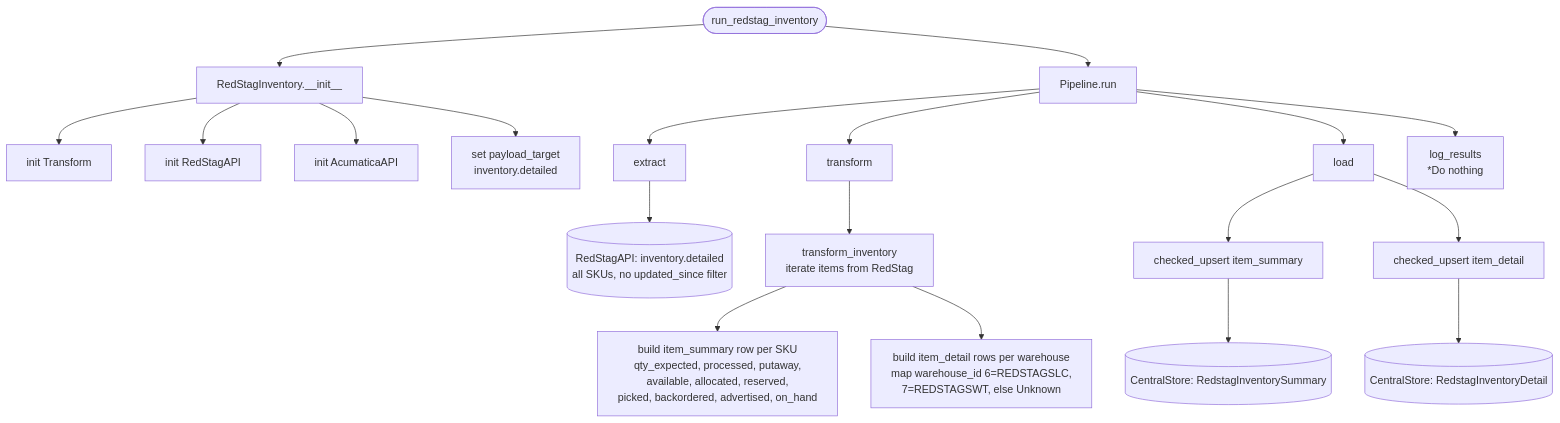
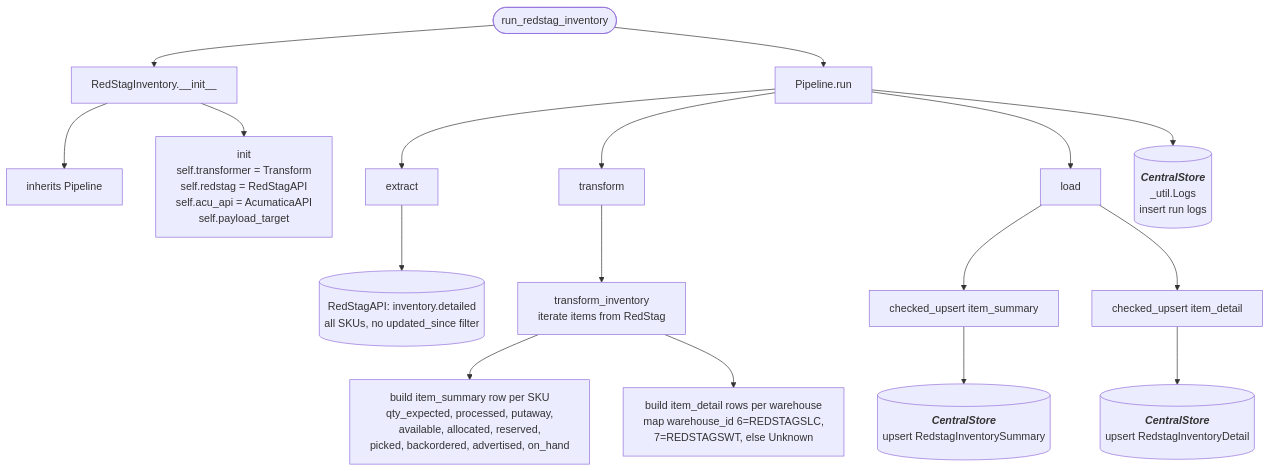
The diagram in docs/functions/redstag_inventory_retrieval.md (journeyhl/integration-platform), drawn with Mermaid before and after one commit. The commit also changed 42 other files, not shown here.

````diff
--- a/docs/functions/redstag_inventory_retrieval.md
+++ b/docs/functions/redstag_inventory_retrieval.md
@@ -15,26 +14,38 @@
 ```mermaid
 %%{init: {"flowchart": {"wrappingWidth": 400}}}%%
 flowchart TD
     A([run_redstag_inventory]) --> B[RedStagInventory.__init__]
-    B --> B1[init Transform]
-    B --> B2[init RedStagAPI]
-    B --> B3[init AcumaticaAPI]
-    B --> B4[set payload_target<br/>inventory.detailed]
+    B --> B1[inherits Pipeline]
+    B --> B2[init
+        self.transformer = Transform
+        self.redstag = RedStagAPI
+        self.acu_api = AcumaticaAPI
+        self.payload_target
+    ]
     A --> RUN[Pipeline.run]
 
     RUN --> EX[extract]
     EX --> RS1[(RedStagAPI: inventory.detailed<br/>all SKUs, no updated_since filter)]
 
     RUN --> TR[transform]
     TR --> TR1[transform_inventory<br/>iterate items from RedStag]
     TR1 --> TR2[build item_summary row per SKU<br/>qty_expected, processed, putaway,<br/>available, allocated, reserved,<br/>picked, backordered, advertised, on_hand]
     TR1 --> TR3[build item_detail rows per warehouse<br/>map warehouse_id 6=REDSTAGSLC,<br/>7=REDSTAGSWT, else Unknown]
 
     RUN --> LD[load]
     LD --> LD1[checked_upsert item_summary]
-    LD1 --> CS1[(CentralStore: RedstagInventorySummary)]
+    LD1 --> CS1[(
+        <b><i>CentralStore</i></b>
+        upsert RedstagInventorySummary
+    )]
     LD --> LD2[checked_upsert item_detail]
-    LD2 --> CS2[(CentralStore: RedstagInventoryDetail)]
+    LD2 --> CS2[(
+        <b><i>CentralStore</i></b>
+        upsert RedstagInventoryDetail
+    )]
 
-    RUN --> LR[log_results<br/>*Do nothing]
+    RUN --> LOGS[(
+        <b><i>CentralStore</i></b>
+        _util.Logs<br/>insert run logs
+    )]
 ```
````
